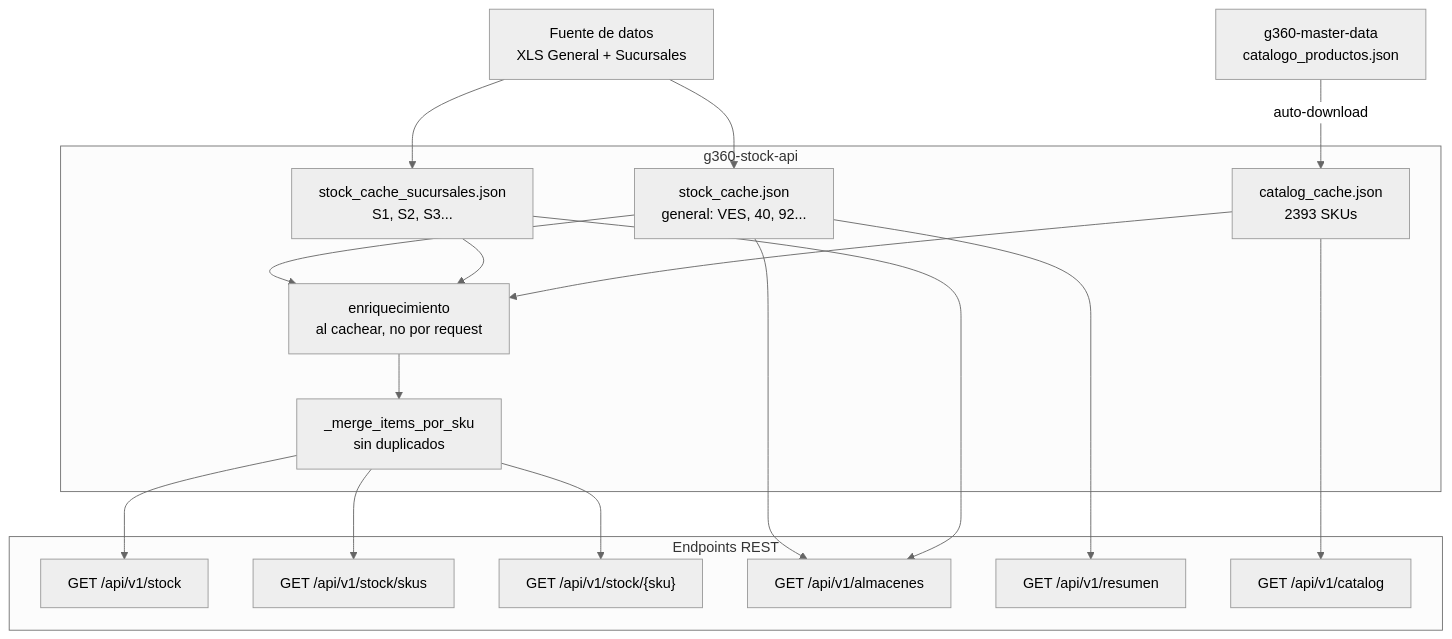
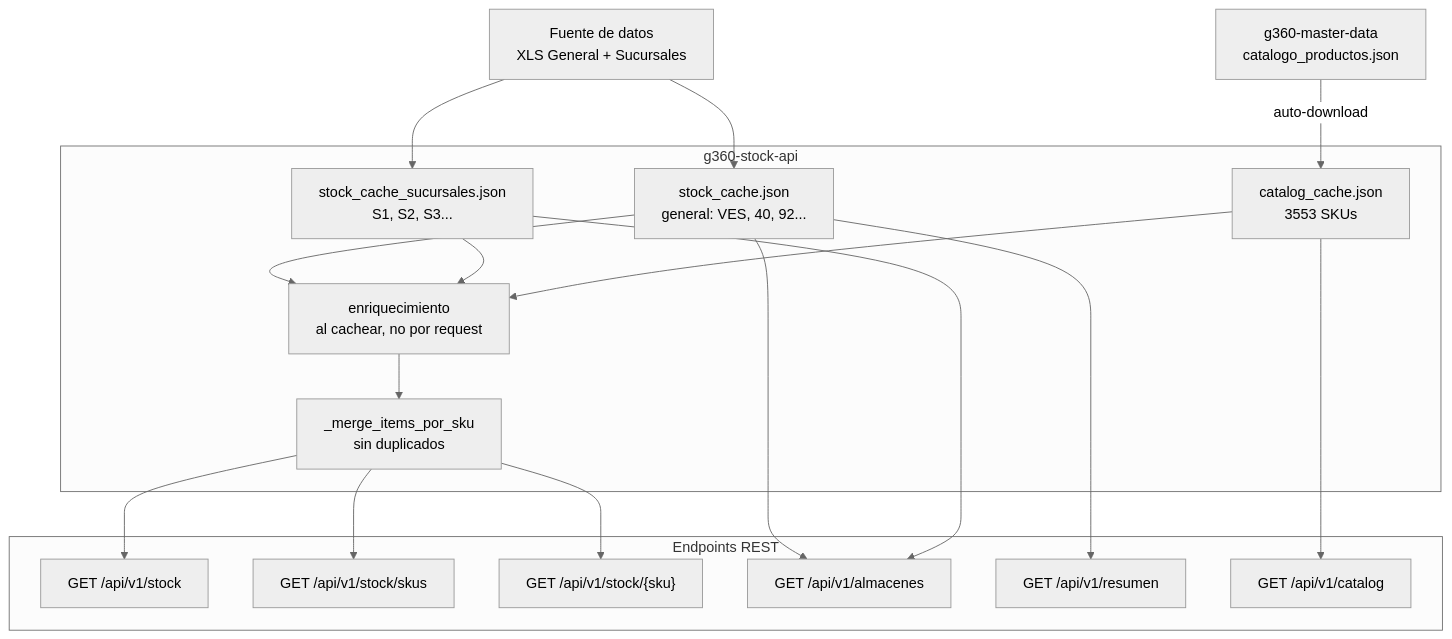
The first of 2 diagrams in README.md (carloscus/g360-stock-api), drawn with Mermaid (neutral theme) before and after one commit. The commit also changed other lines of this file, not shown here.

Commit message:
docs: actualizar README con datos actuales (3553 SKUs, UM desde KARDEX)

````diff
--- a/README.md
+++ b/README.md
@@ -17,38 +17,38 @@
 ```mermaid
 flowchart TD
     ERP["Fuente de datos<br/>XLS General + Sucursales"]
     MASTER["g360-master-data<br/>catalogo_productos.json"]
 
     subgraph API["g360-stock-api"]
         CACHE1["stock_cache.json<br/>general: VES, 40, 92..."]
         CACHE2["stock_cache_sucursales.json<br/>S1, S2, S3..."]
-        CAT_CACHE["catalog_cache.json<br/>2393 SKUs"]
+        CAT_CACHE["catalog_cache.json<br/>3553 SKUs"]
         ENRICH["enriquecimiento<br/>al cachear, no por request"]
         MERGE["_merge_items_por_sku<br/>sin duplicados"]
     end
 
     ERP --> CACHE1
     ERP --> CACHE2
     MASTER -->|auto-download| CAT_CACHE
     CACHE1 --> ENRICH
     CACHE2 --> ENRICH
     CAT_CACHE --> ENRICH
     ENRICH --> MERGE
 
     subgraph ENDPOINTS["Endpoints REST"]
         STOCK["GET /api/v1/stock"]
         COMPACTO["GET /api/v1/stock/skus"]
         SKU["GET /api/v1/stock/{sku}"]
         ALM["GET /api/v1/almacenes"]
         RESUMEN["GET /api/v1/resumen"]
         CAT["GET /api/v1/catalog"]
     end
 
     MERGE --> STOCK
     MERGE --> COMPACTO
     MERGE --> SKU
     CACHE1 --> ALM
     CACHE2 --> ALM
     CACHE1 --> RESUMEN
     CAT_CACHE --> CAT
 ```
````
